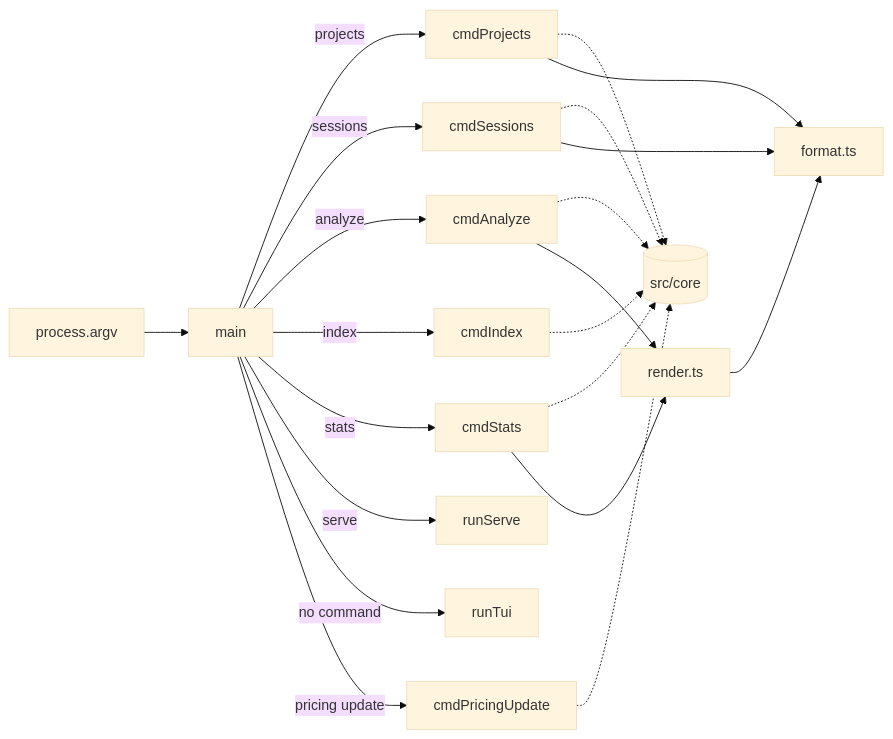
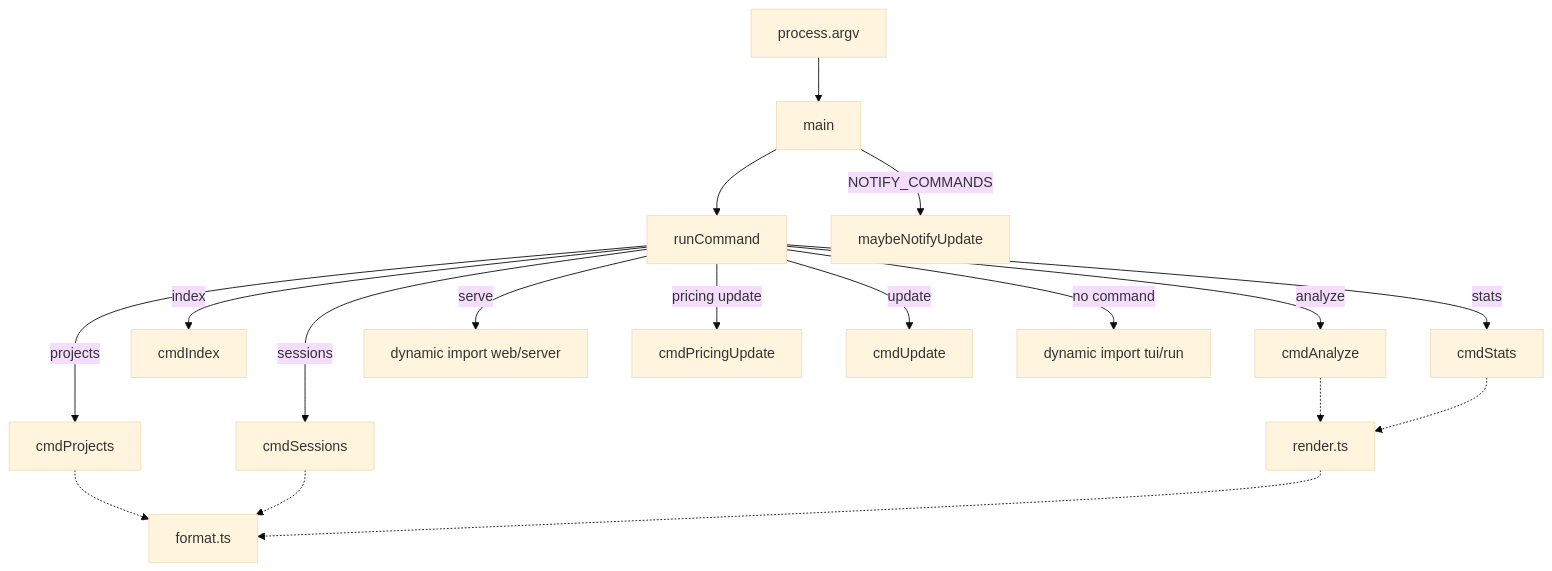
One commit to yorch/cc-analyzer changed the first of 2 diagrams in wiki/3-cli.md. Above: the diagram before and after it, drawn with Mermaid (base theme). The commit also changed other lines of this file and 16 other files, not shown here.

````diff
--- a/wiki/3-cli.md
+++ b/wiki/3-cli.md
@@ -21,25 +19,21 @@
 ```mermaid
-flowchart LR
-    argv[process.argv] --> main
-    main -->|projects| cmdProjects
-    main -->|sessions| cmdSessions
-    main -->|analyze| cmdAnalyze
-    main -->|index| cmdIndex
-    main -->|stats| cmdStats
-    main -->|serve| runServe
-    main -->|no command| runTui
-    main -->|pricing update| cmdPricingUpdate
+flowchart TD
+    Argv[process.argv] --> Main[main]
+    Main --> Run[runCommand]
+    Run -->|projects| P[cmdProjects]
+    Run -->|sessions| S[cmdSessions]
+    Run -->|analyze| A[cmdAnalyze]
+    Run -->|index| I[cmdIndex]
+    Run -->|stats| St[cmdStats]
+    Run -->|serve| Se[dynamic import web/server]
+    Run -->|pricing update| Pr[cmdPricingUpdate]
+    Run -->|update| U[cmdUpdate]
+    Run -->|no command| T[dynamic import tui/run]
+    Main -->|NOTIFY_COMMANDS| N[maybeNotifyUpdate]
 
-    cmdProjects -.-> core[(src/core)]
-    cmdSessions -.-> core
-    cmdAnalyze -.-> core
-    cmdIndex -.-> core
-    cmdStats -.-> core
-    cmdPricingUpdate -.-> core
-
-    cmdAnalyze --> render[render.ts]
-    cmdStats --> render
-    cmdProjects --> format[format.ts]
-    cmdSessions --> format
-    render --> format
+    P -.-> Fmt[format.ts]
+    S -.-> Fmt
+    A -.-> Rnd[render.ts]
+    St -.-> Rnd
+    Rnd -.-> Fmt
 ```
````
